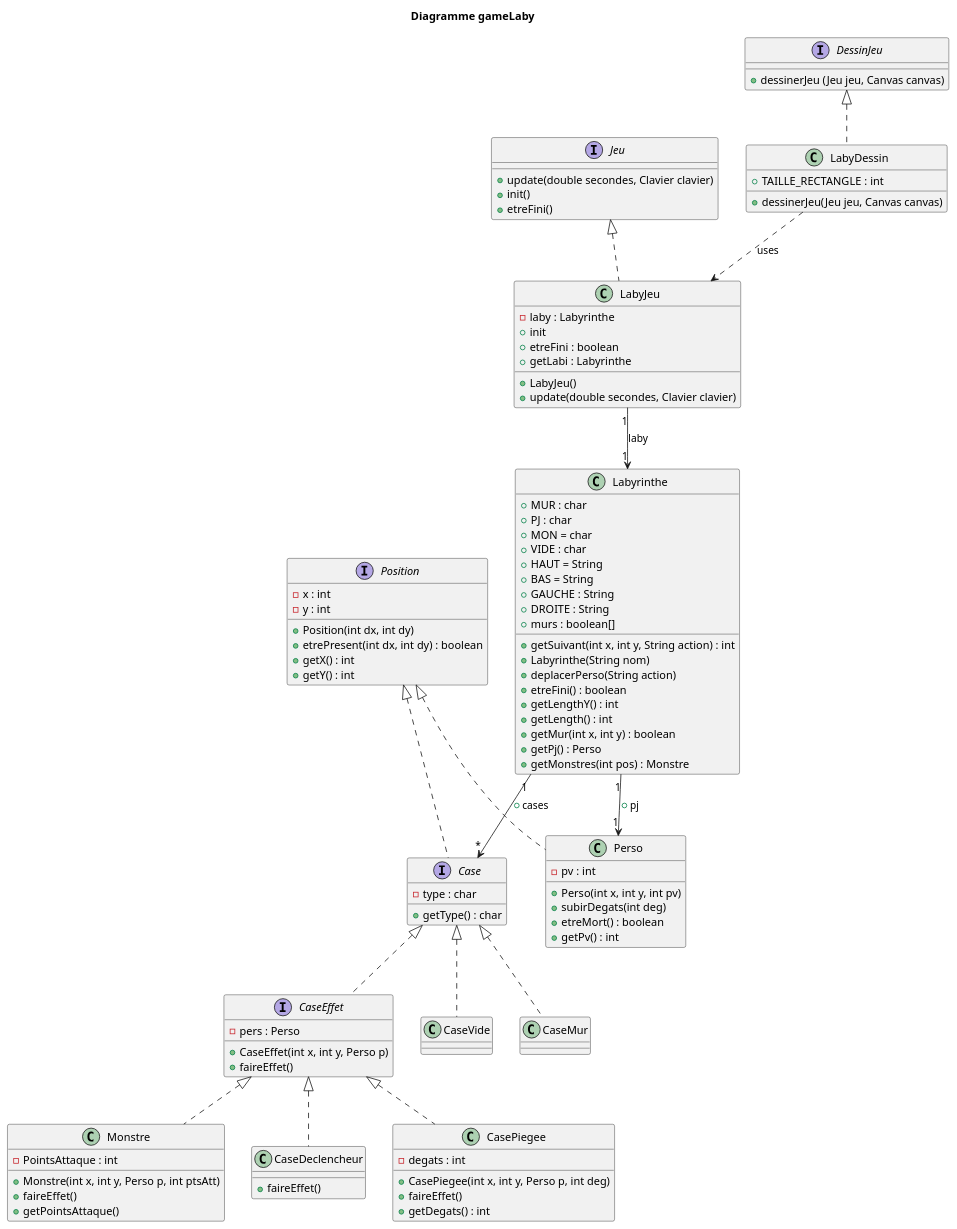
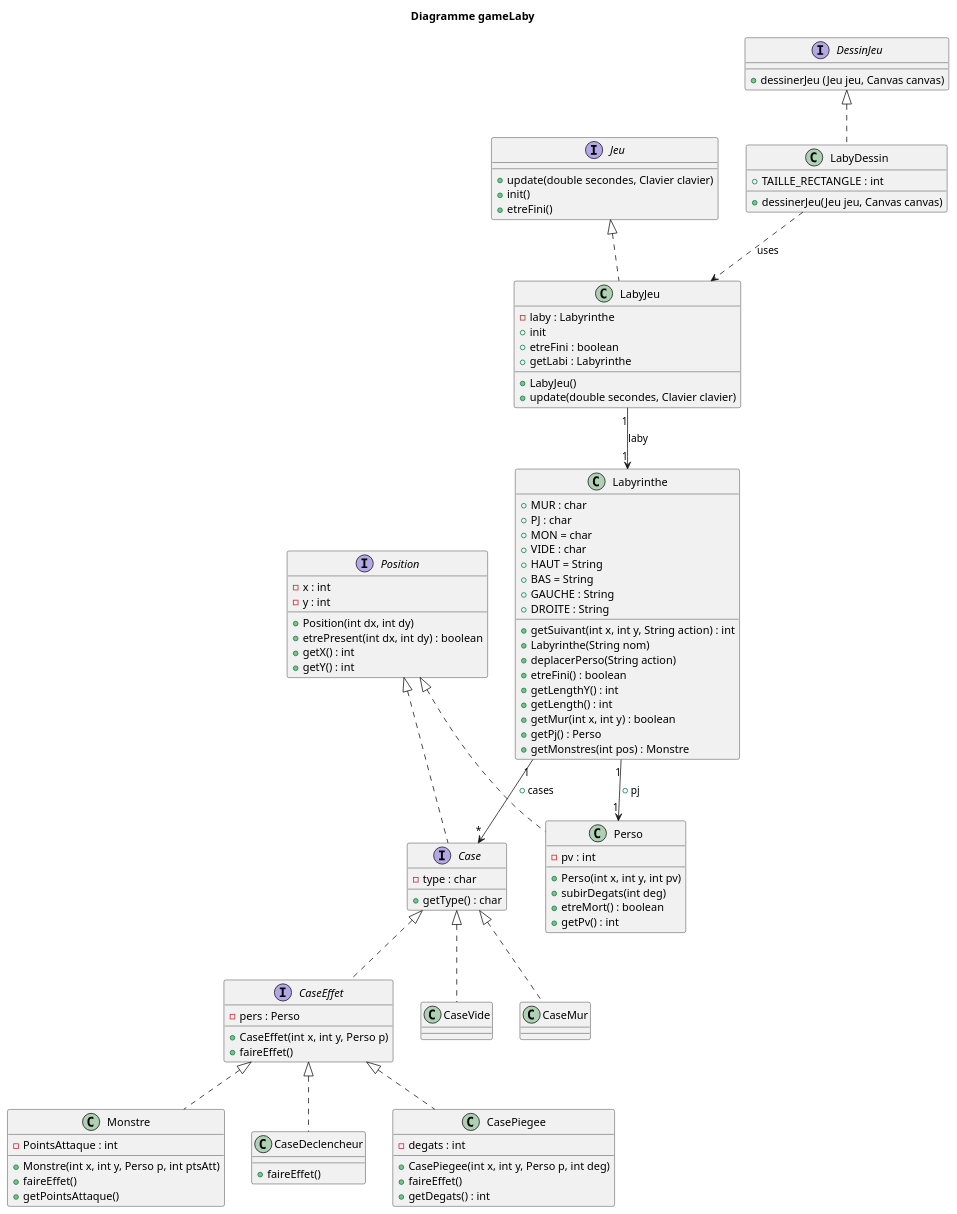
Before and after one commit to Cedran-Bastien/2022_Zeldiablo_Retter_Perez_Hergott_Bastien: the diagram in zeldiablo/src/gameLaby/laby/diag_classe_monstre.puml, drawn with PlantUML. The commit also changed 2 other files, not shown here.

```diff
--- a/zeldiablo/src/gameLaby/laby/diag_classe_monstre.puml
+++ b/zeldiablo/src/gameLaby/laby/diag_classe_monstre.puml
@@ -1,131 +1,131 @@
 @startuml
 'https://plantuml.com/class-diagram
 
 title Diagramme gameLaby
 
 interface Jeu {
     +update(double secondes, Clavier clavier)
     +init()
     +etreFini()
     }
 
 interface DessinJeu {
     +dessinerJeu (Jeu jeu, Canvas canvas)
     }
 
 
 
 class LabyDessin{
     +TAILLE_RECTANGLE : int
     +dessinerJeu(Jeu jeu, Canvas canvas)
 }
 
 class LabyJeu{
     -laby : Labyrinthe
     +LabyJeu()
     +update(double secondes, Clavier clavier)
     +init
     +etreFini : boolean
     +getLabi : Labyrinthe
     }
 
 interface Position{
     -x : int
     -y : int
     +Position(int dx, int dy)
     +etrePresent(int dx, int dy) : boolean
     +getX() : int
     +getY() : int
     }
 
 interface Case {
     - type : char
 
     +getType() : char
 
     }
 
 interface CaseEffet {
     -pers : Perso
     +CaseEffet(int x, int y, Perso p)
     +faireEffet()
 
 }
 
 class Perso {
     -pv : int
     +Perso(int x, int y, int pv)
     +subirDegats(int deg)
     +etreMort() : boolean
     +getPv() : int
 }
 
 class Monstre {
     -PointsAttaque : int
     +Monstre(int x, int y, Perso p, int ptsAtt)
     +faireEffet()
     +getPointsAttaque()
 }
 
 class Labyrinthe{
     +MUR : char
     +PJ : char
     +MON = char
     +VIDE : char
     +HAUT = String
     +BAS = String
     +GAUCHE : String
     +DROITE : String
-    +murs : boolean[]
     +getSuivant(int x, int y, String action) : int
     +Labyrinthe(String nom)
     +deplacerPerso(String action)
     +etreFini() : boolean
      +getLengthY() : int
      +getLength() : int
      +getMur(int x, int y) : boolean
      +getPj() : Perso
      +getMonstres(int pos) : Monstre
 
 
     }
 
 class CaseVide {
 
 }
 
 class CaseMur {
 
 }
 
 class CaseDeclencheur {
     +faireEffet()
 
 }
 
 class CasePiegee {
     -degats : int
     +CasePiegee(int x, int y, Perso p, int deg)
     +faireEffet()
     +getDegats() : int
 
 }
 
 
 DessinJeu <|.. LabyDessin
 Jeu <|.. LabyJeu
 Position <|.. Perso
 Position <|.. Case
 CaseEffet <|.. Monstre
 Case <|.. CaseEffet
 Labyrinthe "1" --> "1" Perso : +pj
 Labyrinthe "1" --> "*" Case : +cases
 LabyDessin ..> LabyJeu : uses
 LabyJeu "1" --> "1" Labyrinthe : laby
 Case <|.. CaseVide
 Case <|.. CaseMur
 CaseEffet <|.. CaseDeclencheur
 CaseEffet <|.. CasePiegee
 
 
+
 @enduml
```
